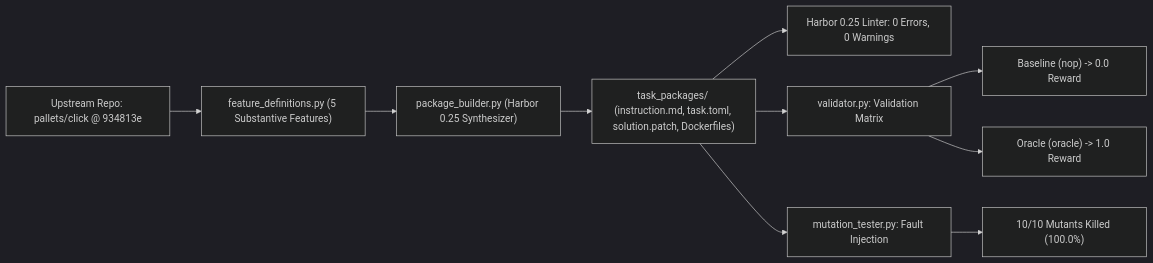
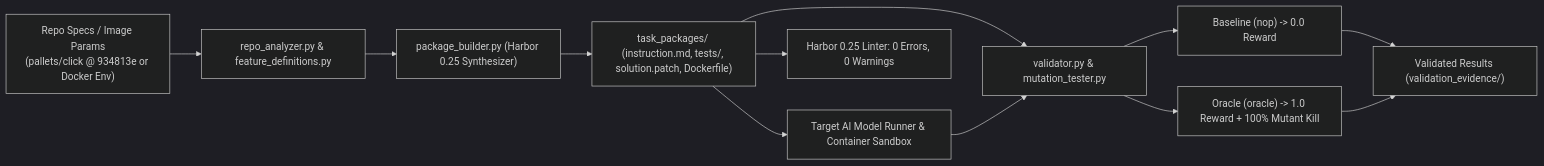
Before and after one commit to Ranjeet7680/AI-Powered-Coding-Challenge-Developer-Assessment-Platform: the diagram in wiki/TaskForge-Pipeline.md, drawn with Mermaid (dark theme). The commit also changed 12 other files, not shown here.

Commit message:
feat(cpp,wiki): integrate open-source-parsers/jsoncpp in C++20 runner and add Process Flow, Use-Case & Architecture diagrams to Wiki

````diff
--- a/wiki/TaskForge-Pipeline.md
+++ b/wiki/TaskForge-Pipeline.md
@@ -15,12 +15,12 @@
 ```mermaid
 flowchart LR
-  Repo["Upstream Repo: pallets/click @ 934813e"] --> Spec["feature_definitions.py (5 Substantive Features)"]
-  Spec --> Builder["package_builder.py (Harbor 0.25 Synthesizer)"]
-  Builder --> Pkg["task_packages/ (instruction.md, task.toml, solution.patch, Dockerfiles)"]
+  Spec["Repo Specs / Image Params<br/>(pallets/click @ 934813e or Docker Env)"] --> Analyzer["repo_analyzer.py & feature_definitions.py"]
+  Analyzer --> Builder["package_builder.py (Harbor 0.25 Synthesizer)"]
+  Builder --> Pkg["task_packages/ (instruction.md, tests/, solution.patch, Dockerfile)"]
+  Pkg --> AI["Target AI Model Runner & Container Sandbox"]
   Pkg --> Linter["Harbor 0.25 Linter: 0 Errors, 0 Warnings"]
-  Pkg --> Val["validator.py: Validation Matrix"]
+  Pkg & AI --> Val["validator.py & mutation_tester.py"]
   Val --> Base["Baseline (nop) -> 0.0 Reward"]
-  Val --> Oracle["Oracle (oracle) -> 1.0 Reward"]
-  Pkg --> Mut["mutation_tester.py: Fault Injection"]
-  Mut --> Kill["10/10 Mutants Killed (100.0%)"]
+  Val --> Oracle["Oracle (oracle) -> 1.0 Reward + 100% Mutant Kill"]
+  Base & Oracle --> Out["Validated Results (validation_evidence/)"]
 ```
````
